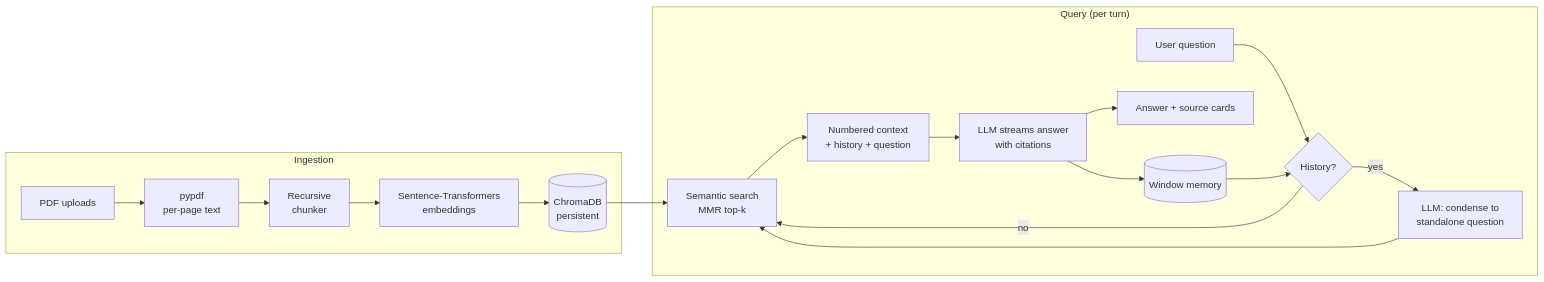
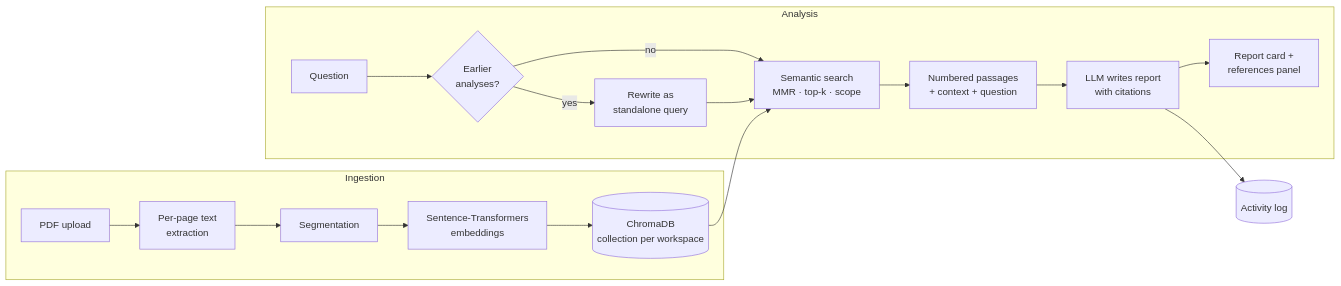
Before and after one commit to Ajayvishal23/documind-rag: the diagram in README.md, drawn with Mermaid. The commit also changed other lines of this file and 33 other files, not shown here.

````diff
--- a/README.md
+++ b/README.md
@@ -43,21 +60,20 @@
 ```mermaid
 flowchart LR
     subgraph Ingestion
-        A[PDF uploads] --> B[pypdf<br/>per-page text]
-        B --> C[Recursive<br/>chunker]
+        A[PDF upload] --> B[Per-page text<br/>extraction]
+        B --> C[Segmentation]
         C --> D[Sentence-Transformers<br/>embeddings]
-        D --> E[(ChromaDB<br/>persistent)]
+        D --> E[(ChromaDB<br/>collection per workspace)]
     end
-    subgraph "Query (per turn)"
-        Q[User question] --> M{History?}
-        M -- yes --> R[LLM: condense to<br/>standalone question]
+    subgraph Analysis
+        Q[Question] --> M{Earlier<br/>analyses?}
+        M -- yes --> R[Rewrite as<br/>standalone query]
         M -- no --> S
-        R --> S[Semantic search<br/>MMR top-k]
+        R --> S[Semantic search<br/>MMR · top-k · scope]
         E --> S
-        S --> P[Numbered context<br/>+ history + question]
-        P --> L[LLM streams answer<br/>with citations]
-        L --> O[Answer + source cards]
-        L --> MEM[(Window memory)]
-        MEM --> M
+        S --> P[Numbered passages<br/>+ context + question]
+        P --> L[LLM writes report<br/>with citations]
+        L --> O[Report card +<br/>references panel]
     end
+    L --> LOG[(Activity log)]
 ```
````
